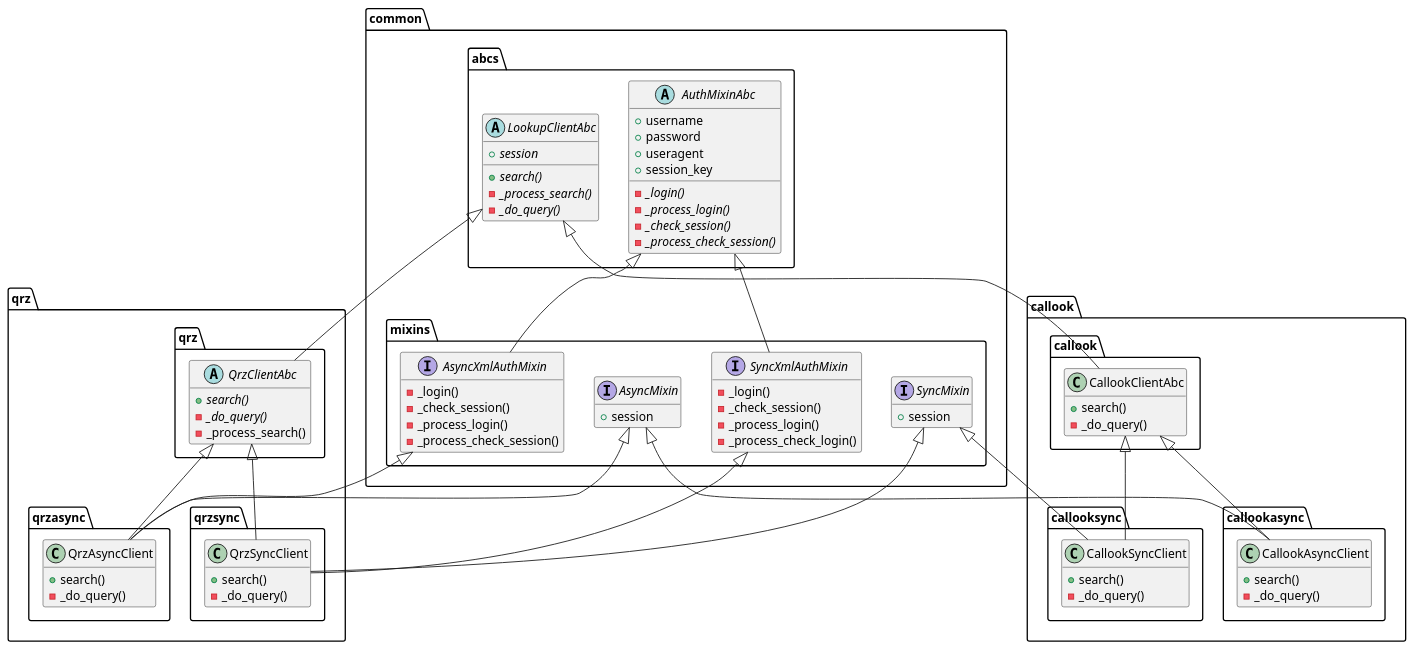
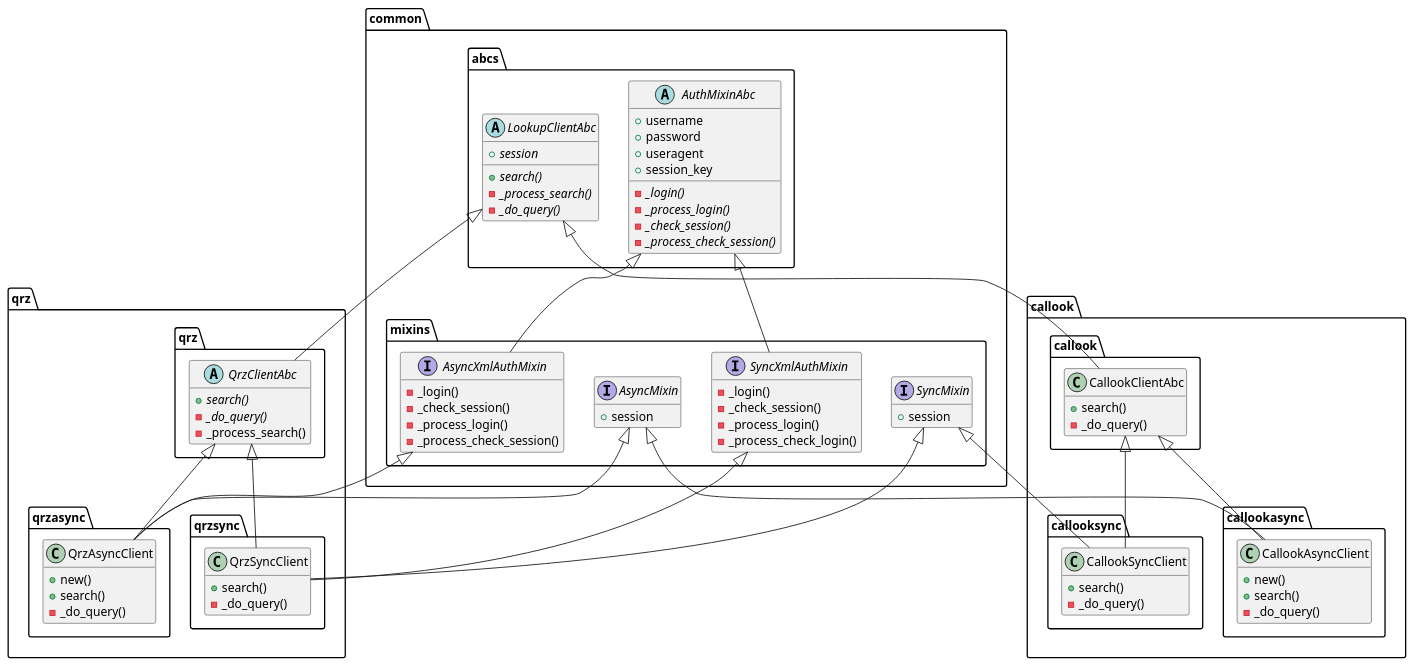
The second of 2 diagrams in devnotes/inheritance.puml (miaowware/callsignlookuptools), drawn with PlantUML before and after one commit. The commit also changed 22 other files, not shown here.

```diff
--- a/devnotes/inheritance.puml
+++ b/devnotes/inheritance.puml
@@ -40,118 +40,120 @@
 @startuml cltinheritance
 
 namespace common {
     namespace abcs {
         abstract LookupClientAbc {
             + {abstract} session
             + {abstract} search()
             - {abstract} _process_search()
             - {abstract} _do_query()
         }
 
         abstract AuthMixinAbc {
             + username
             + password
             + useragent
             + session_key
             - {abstract} _login()
             - {abstract} _process_login()
             - {abstract} _check_session()
             - {abstract} _process_check_session()
         }
     }
 
     namespace mixins {
         interface AsyncMixin {
             + session
         }
 
         interface AsyncXmlAuthMixin {
             - _login()
             - _check_session()
             - _process_login()
             - _process_check_session()
         }
 
         interface SyncMixin {
             + session
         }
 
         interface SyncXmlAuthMixin {
             - _login()
             - _check_session()
             - _process_login()
             - _process_check_login()
         }
     }
 }
 
 namespace qrz {
     namespace qrz {
         abstract QrzClientAbc {
             + {abstract} search()
             - {abstract} _do_query()
             - _process_search()
         }
     }
 
     namespace qrzasync {
         class QrzAsyncClient {
+            + new()
             + search()
             - _do_query()
         }
     }
 
     namespace qrzsync {
         class QrzSyncClient {
             + search()
             - _do_query()
         }
     }
 }
 
 namespace callook {
     namespace callook {
         class CallookClientAbc {
             + search()
             - _do_query()
         }
     }
     namespace callookasync {
         class CallookAsyncClient {
+            + new()
             + search()
             - _do_query()
         }
     }
     namespace callooksync {
         class CallookSyncClient {
             + search()
             - _do_query()
         }
     }
 }
 
 qrz.qrz.QrzClientAbc <|-- qrz.qrzasync.QrzAsyncClient
 common.mixins.AsyncMixin <|-- qrz.qrzasync.QrzAsyncClient
 common.mixins.AsyncXmlAuthMixin <|-- qrz.qrzasync.QrzAsyncClient
 
 qrz.qrz.QrzClientAbc <|-- qrz.qrzsync.QrzSyncClient
 common.mixins.SyncMixin <|-- qrz.qrzsync.QrzSyncClient
 common.mixins.SyncXmlAuthMixin <|-- qrz.qrzsync.QrzSyncClient
 
 common.abcs.LookupClientAbc <|-- qrz.qrz.QrzClientAbc
 
 callook.callook.CallookClientAbc <|-- callook.callookasync.CallookAsyncClient
 common.mixins.AsyncMixin <|-- callook.callookasync.CallookAsyncClient
 
 callook.callook.CallookClientAbc <|-- callook.callooksync.CallookSyncClient
 common.mixins.SyncMixin <|-- callook.callooksync.CallookSyncClient
 
 common.abcs.LookupClientAbc <|-- callook.callook.CallookClientAbc
 
 common.abcs.AuthMixinAbc <|-- common.mixins.AsyncXmlAuthMixin
 common.abcs.AuthMixinAbc <|-- common.mixins.SyncXmlAuthMixin
 
 
 hide empty members
 
 @enduml
```
